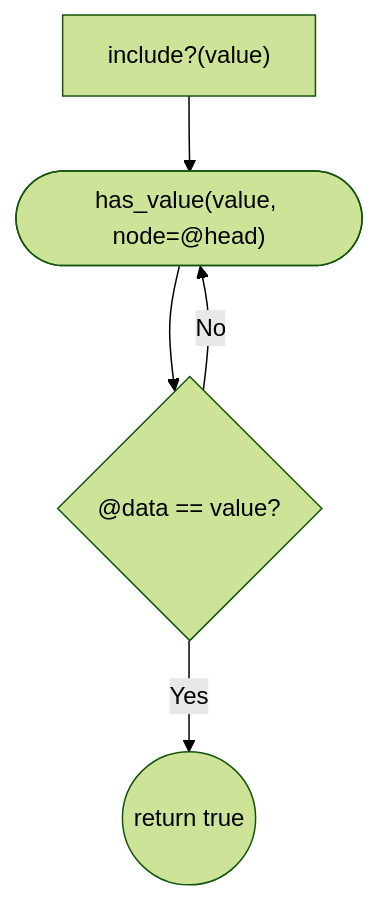
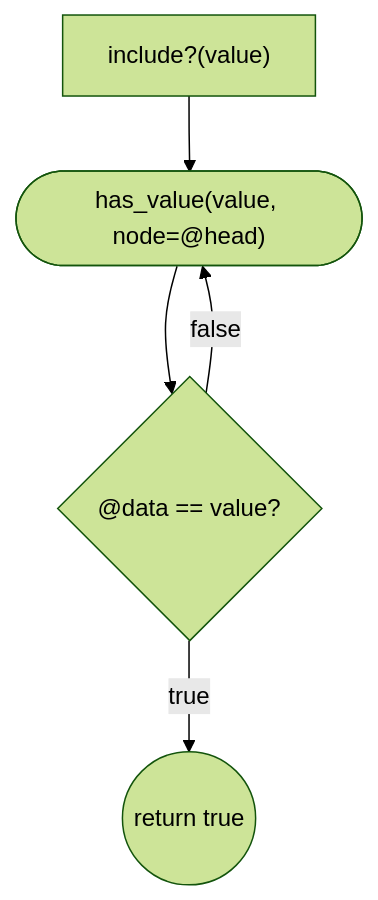
Before and after one commit to taladan/TOP-ruby-linked_list: diagram 12 of 18 in README.md, drawn with Mermaid. The commit also changed other lines of this file, not shown here.

Commit message:
change yes/no to true/false

````diff
--- a/README.md
+++ b/README.md
@@ -186,8 +186,8 @@
 ```mermaid
 %%{init: {'theme':'forest'}}%%
 flowchart TD;
   include["include?(value)"] --> has(["has_value(value, node=@head)"])
   has --> true{"@data == value?"}
-  true --> |Yes| return((return true))
-  true --> |No| has
+  true --> |true| return((return true))
+  true --> |false| has
 ```
````
